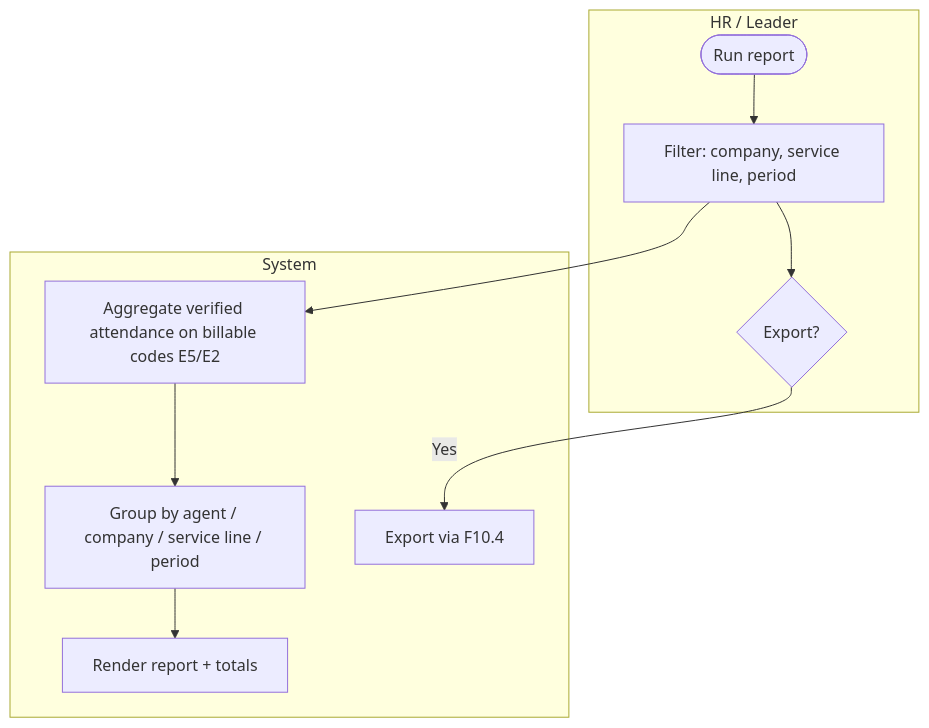
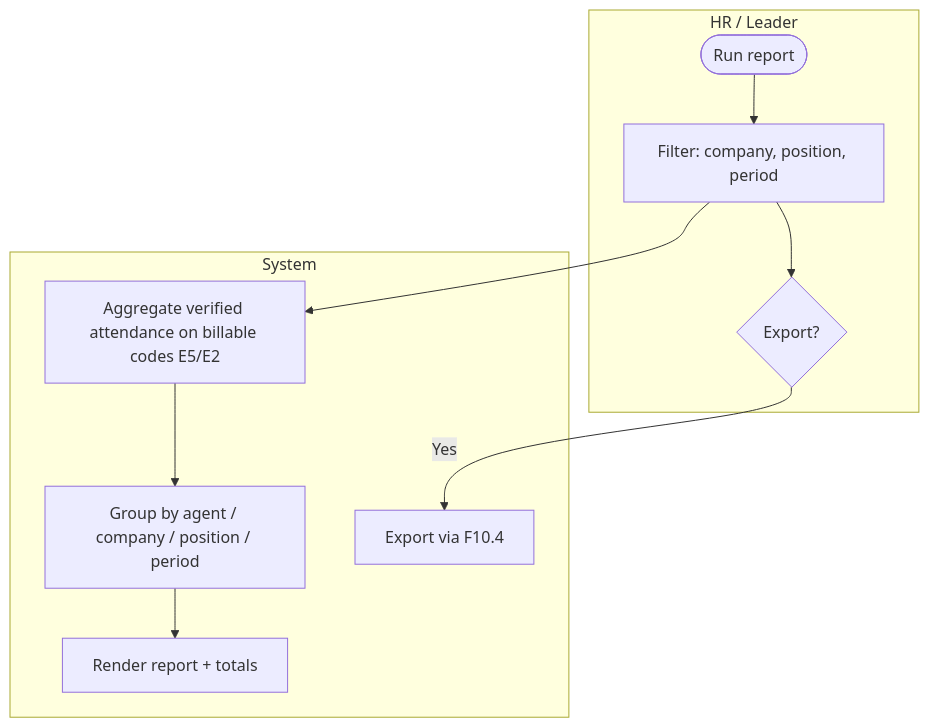
Before and after one commit to hariszaki17/hris-outsource: the fourth of 5 diagrams in docs/epics/E10-reporting/FEATURE.md, drawn with Mermaid. The commit also changed other lines of this file and 239 other files, not shown here.

First line of the commit message:
feat!: remove service line concept end-to-end

````diff
--- a/docs/epics/E10-reporting/FEATURE.md
+++ b/docs/epics/E10-reporting/FEATURE.md
@@ -138,13 +138,13 @@
 ```mermaid
 flowchart TD
     subgraph HR[HR / Leader]
-        R1([Run report]) --> R2[Filter: company, service line, period]
+        R1([Run report]) --> R2[Filter: company, position, period]
         R2 --> R5{Export?}
     end
     subgraph SYS[System]
         R2 --> Q1[Aggregate verified attendance on billable codes E5/E2]
-        Q1 --> Q2[Group by agent / company / service line / period]
+        Q1 --> Q2[Group by agent / company / position / period]
         Q2 --> R3[Render report + totals]
         R5 -- Yes --> Q3[Export via F10.4]
     end
 ```
````
